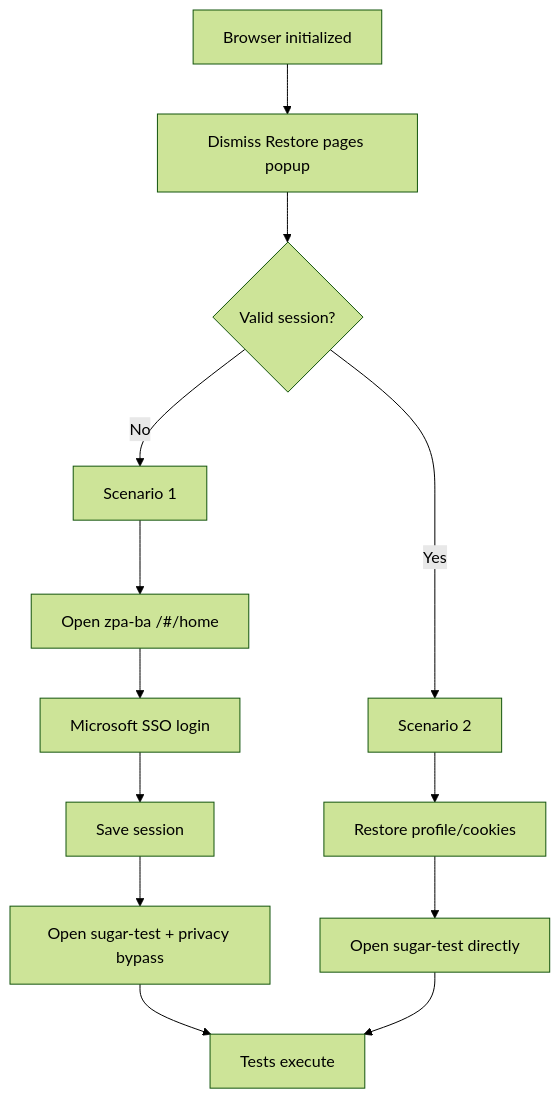
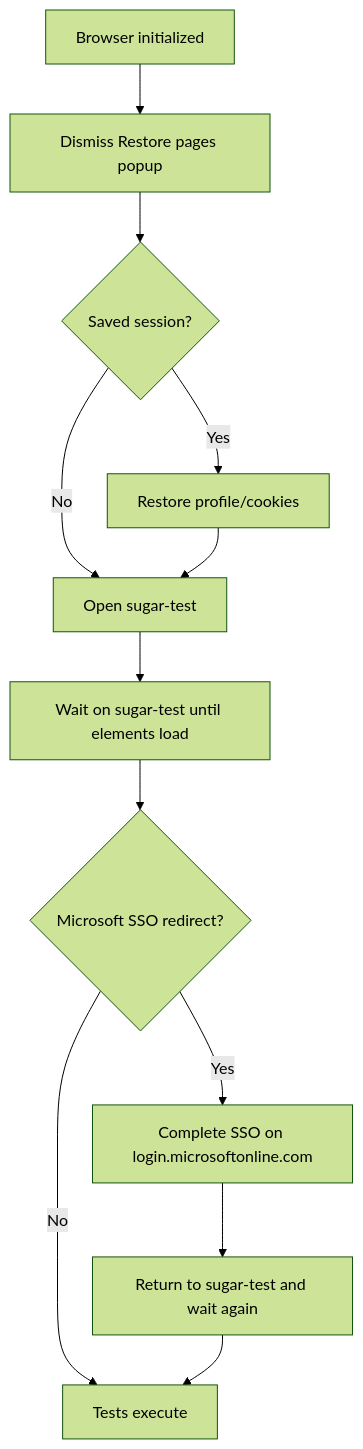
The diagram in docs/INITIAL_SETUP.md (hinasiddiqui-qa/credaris), drawn with Mermaid (forest theme) before and after one commit. The commit also changed other lines of this file and 23 other files, not shown here.

First line of the commit message:
Add Task, Credit Request, and Create Application lead flows; improve session reliability

````diff
--- a/docs/INITIAL_SETUP.md
+++ b/docs/INITIAL_SETUP.md
@@ -43,17 +23,14 @@
 ```mermaid
 flowchart TD
     start[Browser initialized] --> restore[Dismiss Restore pages popup]
-    restore --> check{Valid session?}
-    check -->|Yes| s2[Scenario 2]
-    check -->|No| s1[Scenario 1]
-
-    s1 --> zpa[Open zpa-ba /#/home]
-    zpa --> mslogin[Microsoft SSO login]
-    mslogin --> save[Save session]
-    save --> sugar1[Open sugar-test + privacy bypass]
-    sugar1 --> ready[Tests execute]
-
-    s2 --> restoreSession[Restore profile/cookies]
-    restoreSession --> sugar2[Open sugar-test directly]
-    sugar2 --> ready
+    restore --> session{Saved session?}
+    session -->|Yes| loadCookies[Restore profile/cookies]
+    session -->|No| sugar[Open sugar-test]
+    loadCookies --> sugar
+    sugar --> wait[Wait on sugar-test until elements load]
+    wait --> ms{Microsoft SSO redirect?}
+    ms -->|Yes| sso[Complete SSO on login.microsoftonline.com]
+    ms -->|No| ready[Tests execute]
+    sso --> wait2[Return to sugar-test and wait again]
+    wait2 --> ready
 ```
````
